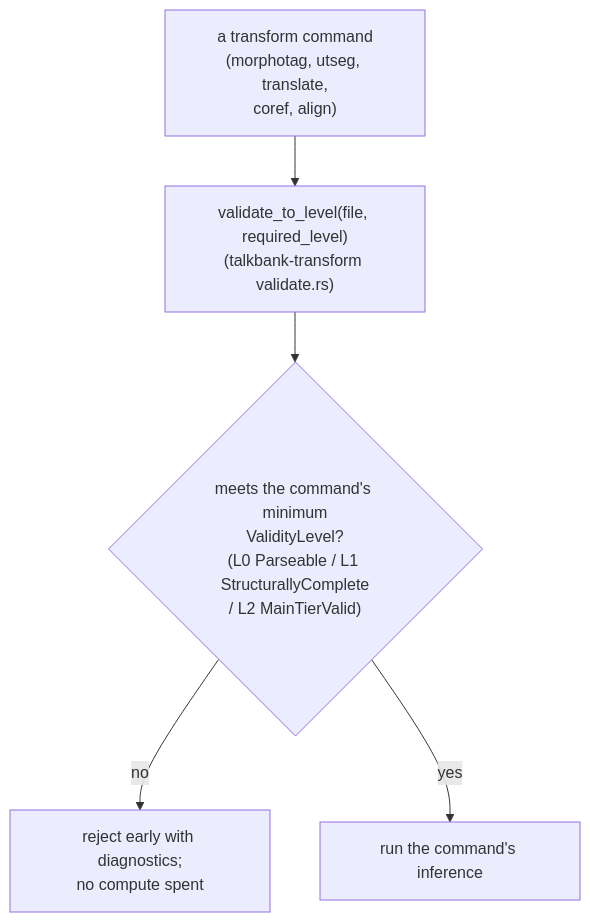
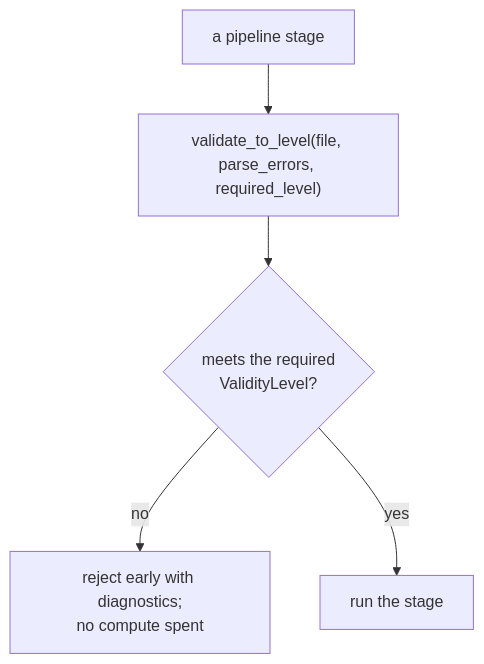
The diagram in book/src/architecture/errors-and-validation/validation.md (TalkBank/chatter), drawn with Mermaid before and after one commit. The commit also changed other lines of this file and 414 other files, not shown here.

````diff
--- a/book/src/architecture/errors-and-validation/validation.md
+++ b/book/src/architecture/errors-and-validation/validation.md
@@ -49,12 +42,12 @@
 ```mermaid
 flowchart TD
-    cmd["a transform command\n(morphotag, utseg, translate,\ncoref, align)"]
-    gate["validate_to_level(file, required_level)\n(talkbank-transform validate.rs)"]
-    check{"meets the command's minimum\nValidityLevel?\n(L0 Parseable / L1 StructurallyComplete\n/ L2 MainTierValid)"}
+    cmd["a pipeline stage"]
+    gate["validate_to_level(file, parse_errors, required_level)"]
+    check{"meets the required\nValidityLevel?"}
     reject["reject early with diagnostics;\nno compute spent"]
-    proceed["run the command's inference"]
+    proceed["run the stage"]
 
     cmd --> gate --> check
     check -->|"no"| reject
     check -->|"yes"| proceed
 ```
````
